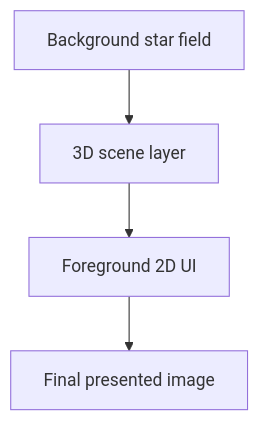
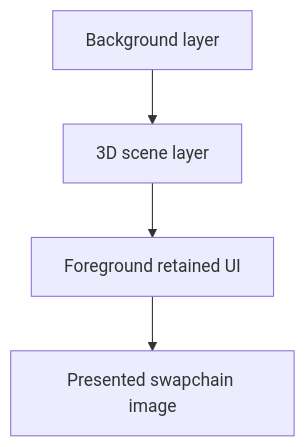
Before and after one commit to cschlote/SDL2-Vulcan-Client: the diagram in docs/rendering-architecture.md, drawn with Mermaid. The commit also changed other lines of this file and 10 other files, not shown here.

````diff
--- a/docs/rendering-architecture.md
+++ b/docs/rendering-architecture.md
@@ -15,6 +13,6 @@
 ```mermaid
 flowchart TB
-    A[Background star field] --> B[3D scene layer]
-    B --> C[Foreground 2D UI]
-    C --> D[Final presented image]
+    A[Background layer] --> B[3D scene layer]
+    B --> C[Foreground retained UI]
+    C --> D[Presented swapchain image]
 ```
````
